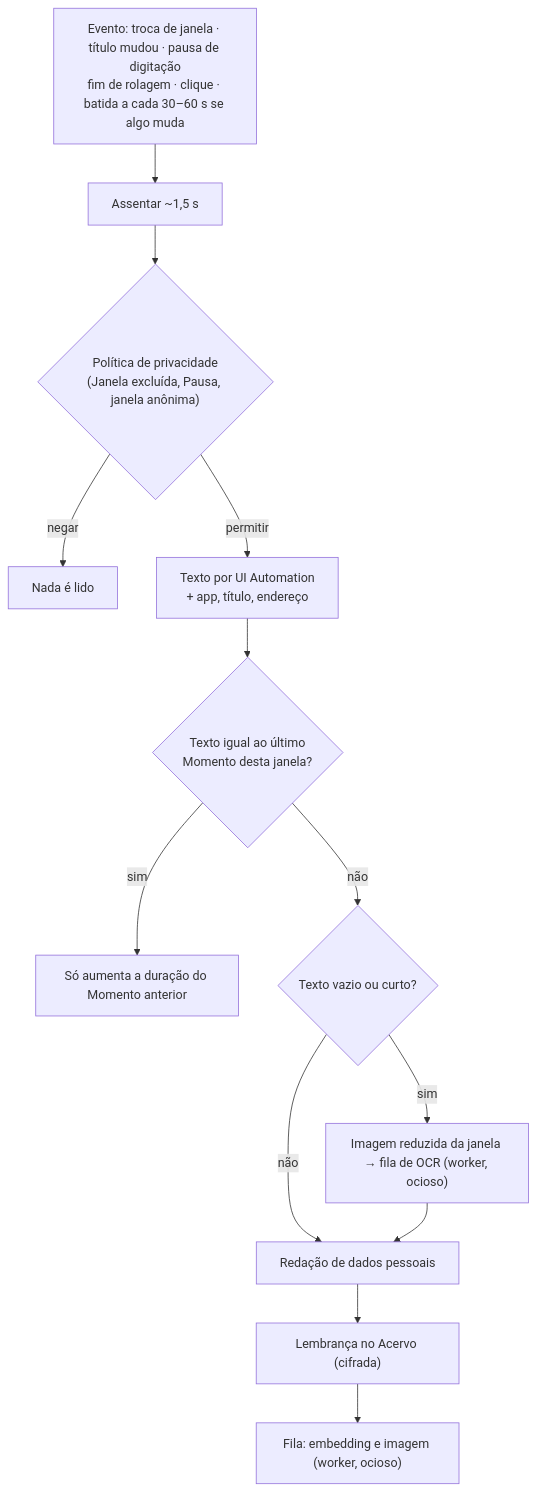
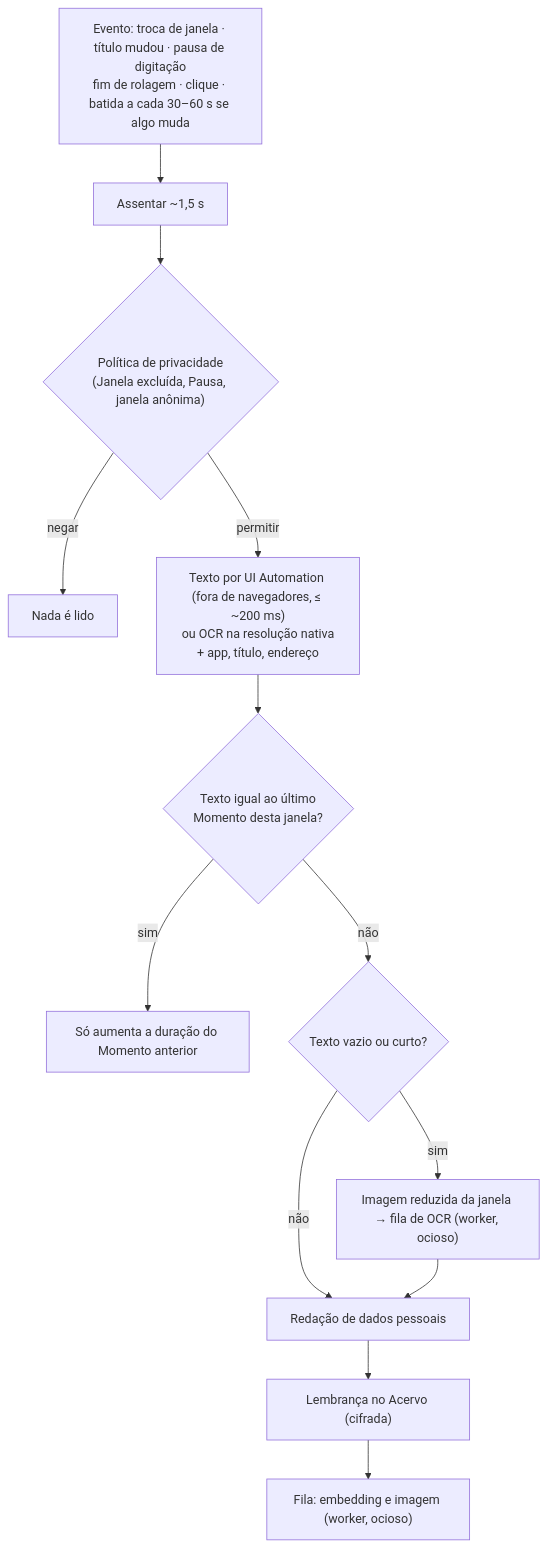
The diagram in docs/project/plano-segundo-cerebro.md (VIDORETTO/aura-windows), drawn with Mermaid before and after one commit. The commit also changed other lines of this file, not shown here.

````diff
--- a/docs/project/plano-segundo-cerebro.md
+++ b/docs/project/plano-segundo-cerebro.md
@@ -143,15 +151,15 @@
 ```mermaid
 flowchart TD
   E["Evento: troca de janela · título mudou · pausa de digitação<br/>fim de rolagem · clique · batida a cada 30–60 s se algo muda"] --> D["Assentar ~1,5 s"]
   D --> P{"Política de privacidade<br/>(Janela excluída, Pausa, janela anônima)"}
   P -- negar --> X["Nada é lido"]
-  P -- permitir --> T["Texto por UI Automation<br/>+ app, título, endereço"]
+  P -- permitir --> T["Texto por UI Automation (fora de navegadores, ≤ ~200 ms)<br/>ou OCR na resolução nativa<br/>+ app, título, endereço"]
   T --> H{"Texto igual ao último<br/>Momento desta janela?"}
   H -- sim --> U["Só aumenta a duração do Momento anterior"]
   H -- não --> O{"Texto vazio ou curto?"}
   O -- sim --> I["Imagem reduzida da janela → fila de OCR (worker, ocioso)"]
   O -- não --> R["Redação de dados pessoais"]
   I --> R
   R --> S["Lembrança no Acervo (cifrada)"]
   S --> Q["Fila: embedding e imagem (worker, ocioso)"]
 ```
````
